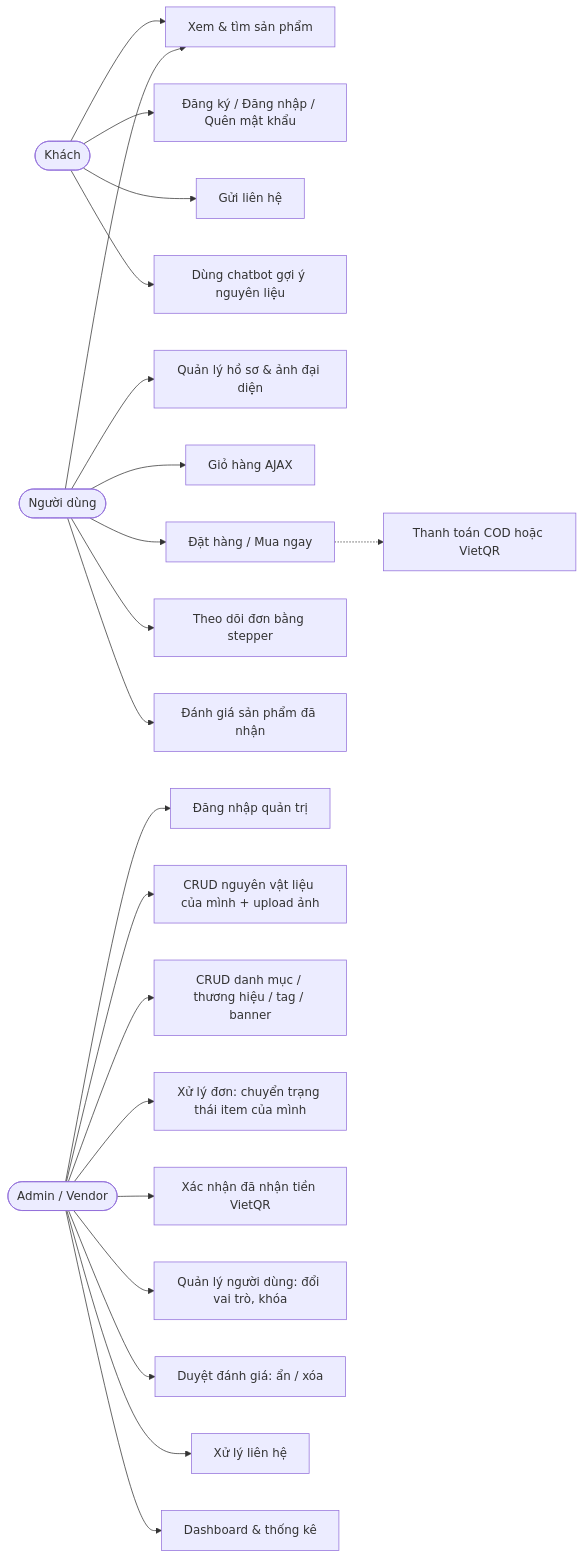
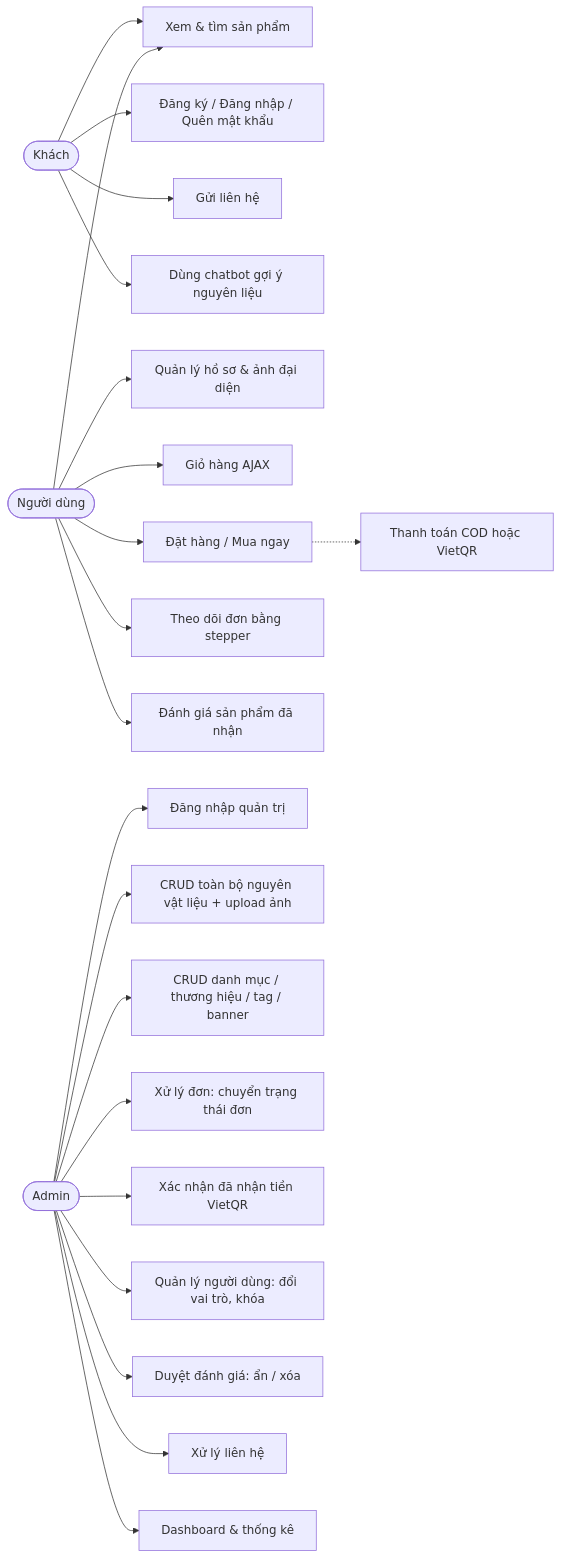
Before and after one commit to nguyenthiuyen26052006-sketch/BakeHouse: the first of 2 diagrams in docs/usecase.md, drawn with Mermaid. The commit also changed other lines of this file and 73 other files, not shown here.

````diff
--- a/docs/usecase.md
+++ b/docs/usecase.md
@@ -3,25 +3,25 @@
 ```mermaid
 flowchart LR
     Guest([Khách]) --> UC1[Xem & tìm sản phẩm]
     Guest --> UC2[Đăng ký / Đăng nhập / Quên mật khẩu]
     Guest --> UC3[Gửi liên hệ]
     Guest --> UC4[Dùng chatbot gợi ý nguyên liệu]
 
     User([Người dùng]) --> UC1
     User --> UC5[Quản lý hồ sơ & ảnh đại diện]
     User --> UC6[Giỏ hàng AJAX]
     User --> UC7[Đặt hàng / Mua ngay]
     UC7 -.-> UC8[Thanh toán COD hoặc VietQR]
     User --> UC9[Theo dõi đơn bằng stepper]
     User --> UC10[Đánh giá sản phẩm đã nhận]
 
-    Admin([Admin / Vendor]) --> A1[Đăng nhập quản trị]
-    Admin --> A2[CRUD nguyên vật liệu của mình + upload ảnh]
+    Admin([Admin]) --> A1[Đăng nhập quản trị]
+    Admin --> A2[CRUD toàn bộ nguyên vật liệu + upload ảnh]
     Admin --> A3[CRUD danh mục / thương hiệu / tag / banner]
-    Admin --> A4[Xử lý đơn: chuyển trạng thái item của mình]
+    Admin --> A4[Xử lý đơn: chuyển trạng thái đơn]
     Admin --> A5[Xác nhận đã nhận tiền VietQR]
     Admin --> A6[Quản lý người dùng: đổi vai trò, khóa]
     Admin --> A7[Duyệt đánh giá: ẩn / xóa]
     Admin --> A8[Xử lý liên hệ]
     Admin --> A9[Dashboard & thống kê]
 ```
````
